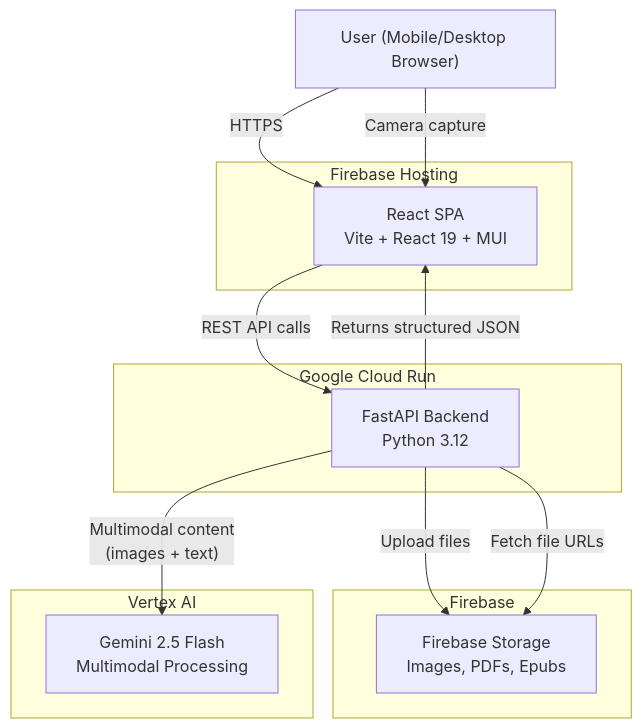
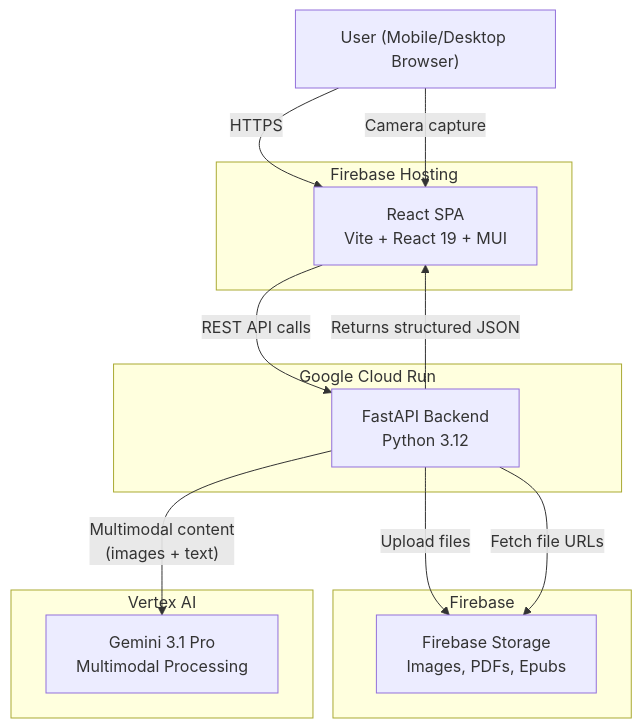
The first of 4 diagrams in docs/architecture.md (jking-ai/vision-first-study-buddy), drawn with Mermaid before and after one commit. The commit also changed other lines of this file and 16 other files, not shown here.

First line of the commit message:
Upgrade Gemini model to 3.1 Pro preview for stronger multimodal reasoning

````diff
--- a/docs/architecture.md
+++ b/docs/architecture.md
@@ -5,28 +5,28 @@
 ```mermaid
 graph TB
     User["User (Mobile/Desktop Browser)"]
 
     subgraph "Firebase Hosting"
         FE["React SPA<br/>Vite + React 19 + MUI"]
     end
 
     subgraph "Google Cloud Run"
         API["FastAPI Backend<br/>Python 3.12"]
     end
 
     subgraph "Firebase"
         Storage["Firebase Storage<br/>Images, PDFs, Epubs"]
     end
 
     subgraph "Vertex AI"
-        Gemini["Gemini 2.5 Flash<br/>Multimodal Processing"]
+        Gemini["Gemini 3.1 Pro<br/>Multimodal Processing"]
     end
 
     User -->|"HTTPS"| FE
     User -->|"Camera capture"| FE
     FE -->|"REST API calls"| API
     API -->|"Upload files"| Storage
     API -->|"Fetch file URLs"| Storage
     API -->|"Multimodal content<br/>(images + text)"| Gemini
     API -->|"Returns structured JSON"| FE
 ```
````
